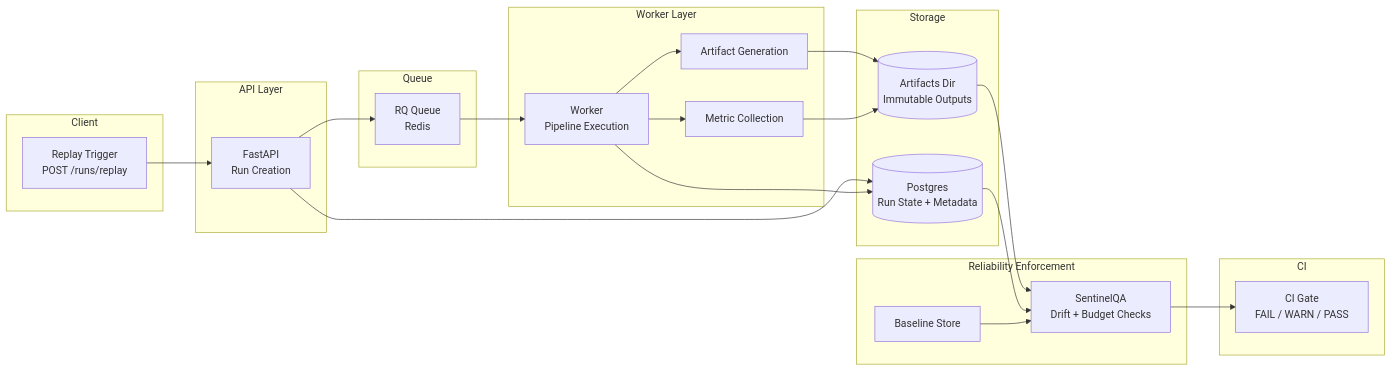
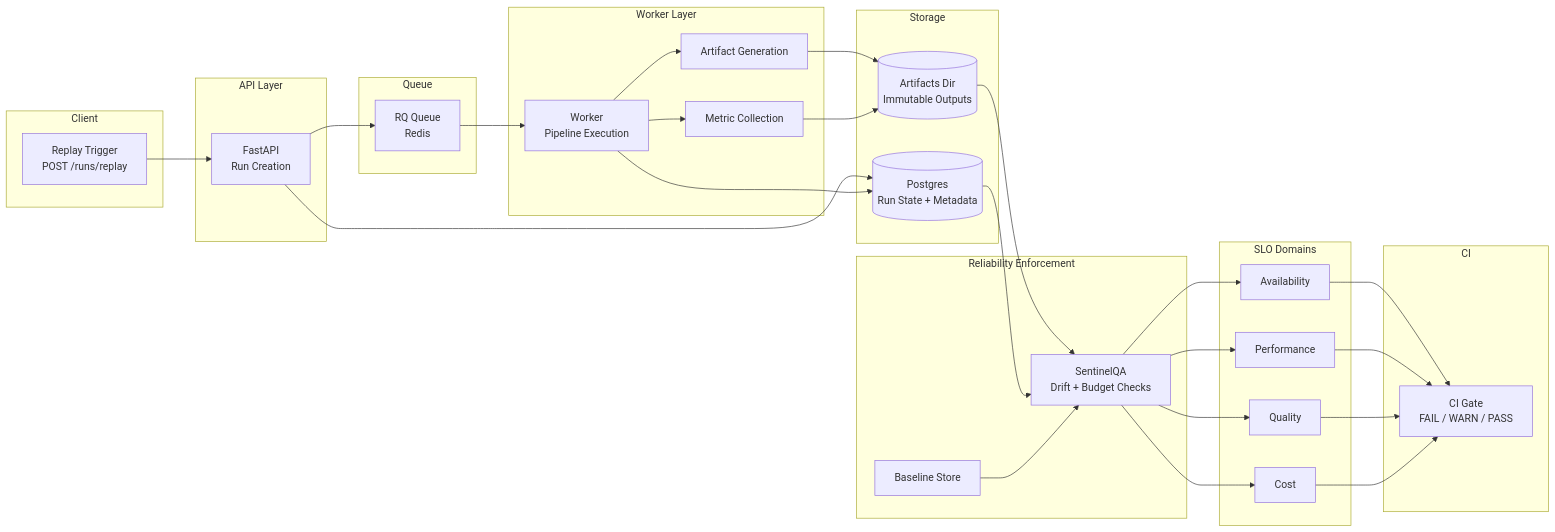
Before and after one commit to john-gaspar/signalforge: the diagram in README.md, drawn with Mermaid. The commit also changed other lines of this file, not shown here.

````diff
--- a/README.md
+++ b/README.md
@@ -5,51 +5,66 @@
 ```mermaid
 flowchart LR
 
     subgraph Client
         A[Replay Trigger<br/>POST /runs/replay]
     end
 
     subgraph API Layer
         B[FastAPI<br/>Run Creation]
     end
 
     subgraph Queue
         C[RQ Queue<br/>Redis]
     end
 
     subgraph Worker Layer
         D[Worker<br/>Pipeline Execution]
         E[Artifact Generation]
         F[Metric Collection]
     end
 
     subgraph Storage
         G[(Postgres<br/>Run State + Metadata)]
         H[(Artifacts Dir<br/>Immutable Outputs)]
     end
 
     subgraph Reliability Enforcement
         I[SentinelQA<br/>Drift + Budget Checks]
         J[Baseline Store]
     end
 
+    subgraph SLO Domains
+        L[Availability]
+        M[Performance]
+        N[Quality]
+        O[Cost]
+    end
+
     subgraph CI
         K[CI Gate<br/>FAIL / WARN / PASS]
     end
 
     A --> B
     B --> G
     B --> C
     C --> D
     D --> E
     D --> F
     E --> H
     F --> H
     D --> G
 
     H --> I
     G --> I
     J --> I
 
-    I --> K
+    I --> L
+    I --> M
+    I --> N
+    I --> O
+
+    L --> K
+    M --> K
+    N --> K
+    O --> K
 ```
````
